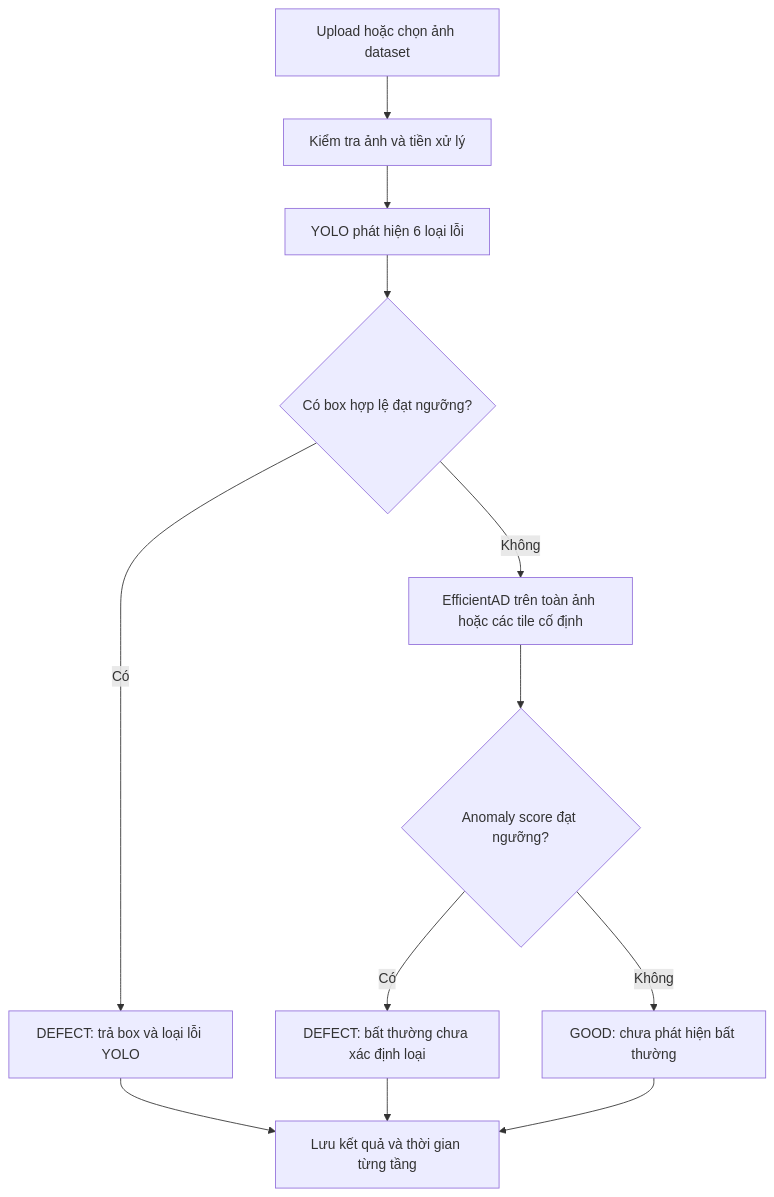
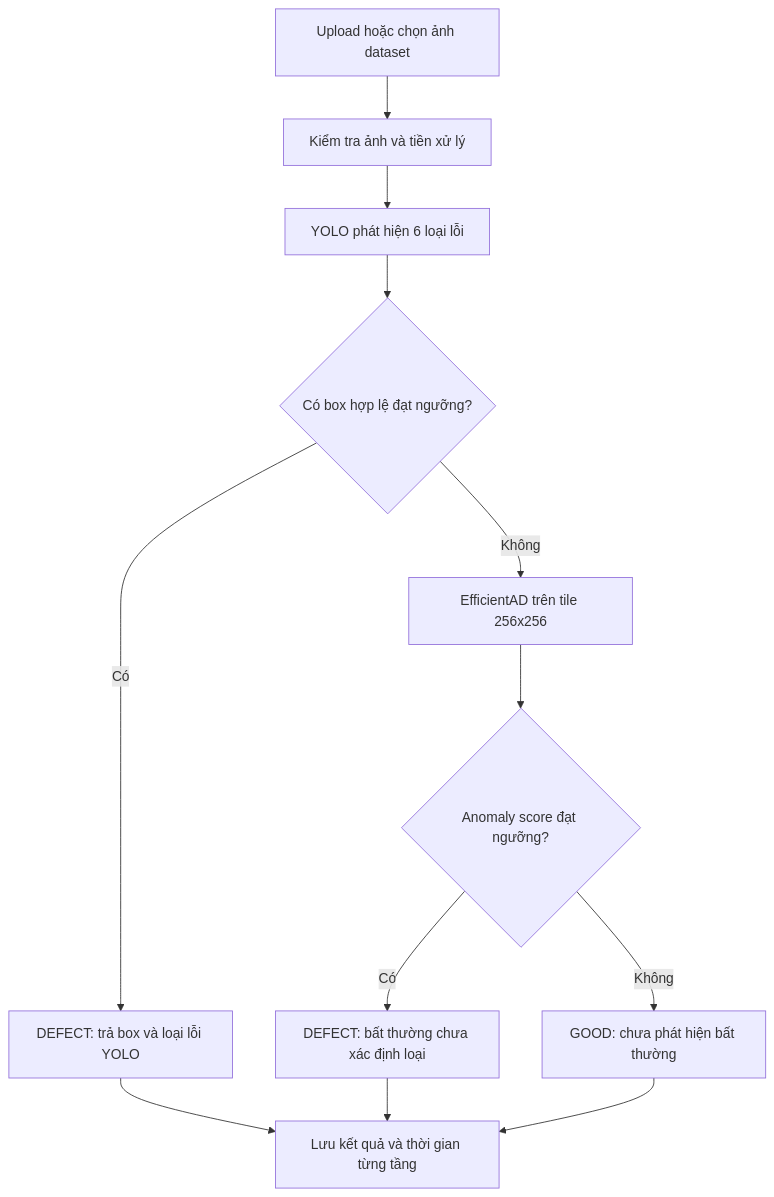
One commit to nawp0603/PCB_YOLO_EfficientAD_Lab changed the diagram in PLAN.md. Above: the diagram before and after it, drawn with Mermaid. The commit also changed other lines of this file and 5 other files, not shown here.

````diff
--- a/PLAN.md
+++ b/PLAN.md
@@ -89,14 +102,14 @@
 ```mermaid
 flowchart TD
     A[Upload hoặc chọn ảnh dataset] --> B[Kiểm tra ảnh và tiền xử lý]
     B --> C[YOLO phát hiện 6 loại lỗi]
     C --> D{Có box hợp lệ đạt ngưỡng?}
     D -- Có --> E[DEFECT: trả box và loại lỗi YOLO]
-    D -- Không --> F[EfficientAD trên toàn ảnh hoặc các tile cố định]
+    D -- Không --> F[EfficientAD trên tile 256x256]
     F --> G{Anomaly score đạt ngưỡng?}
     G -- Có --> H[DEFECT: bất thường chưa xác định loại]
     G -- Không --> I[GOOD: chưa phát hiện bất thường]
     E --> J[Lưu kết quả và thời gian từng tầng]
     H --> J
     I --> J
 ```
````
